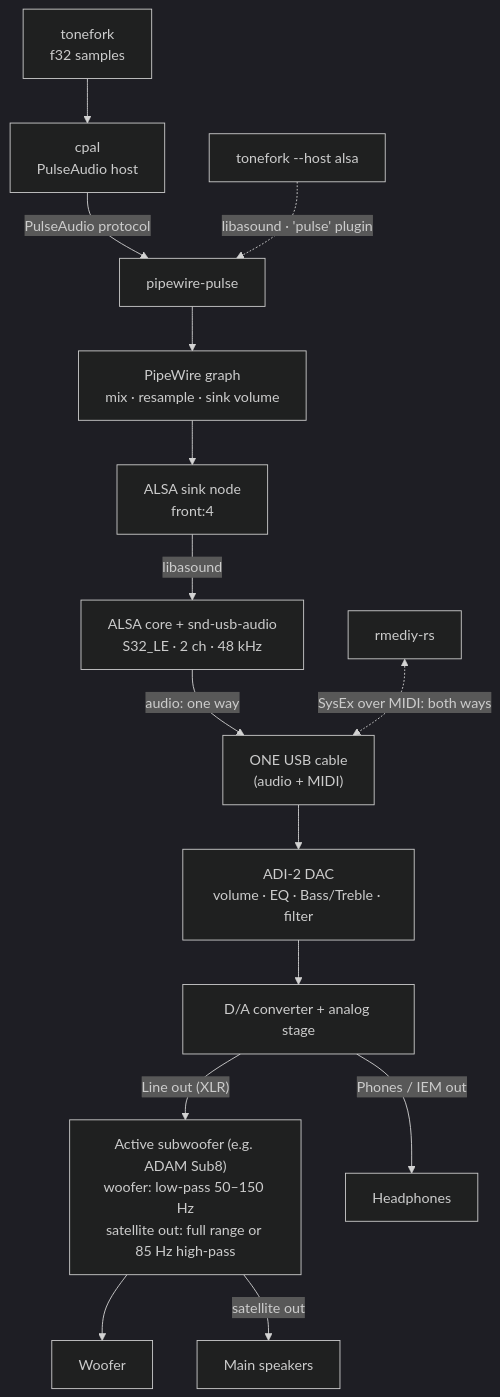
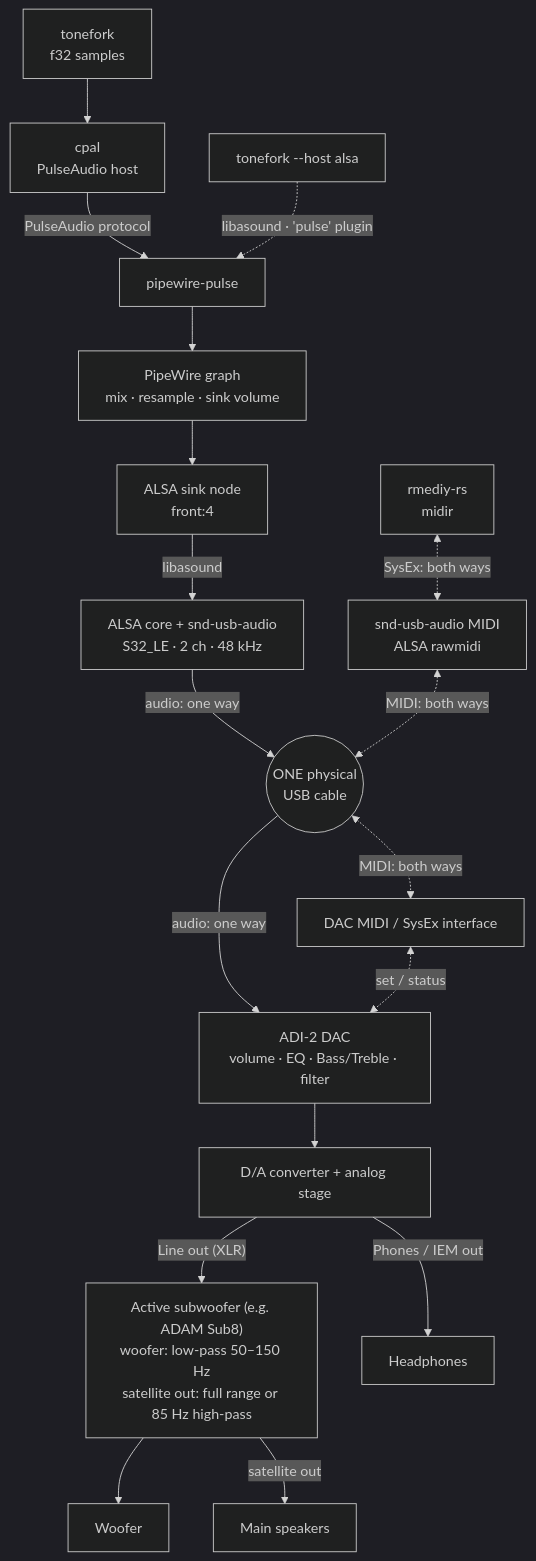
The diagram in docs/audio-path.md (asyd/tonefork), drawn with Mermaid (dark theme) before and after one commit.

Commit message:
audio-path.md: Mermaid diagram with a circle for the single USB cable carrying two links

````diff
--- a/docs/audio-path.md
+++ b/docs/audio-path.md
@@ -10,18 +10,21 @@
 ```mermaid
 flowchart TD
     T[tonefork<br/>f32 samples] --> C[cpal<br/>PulseAudio host]
     C -->|PulseAudio protocol| P[pipewire-pulse]
     P --> G[PipeWire graph<br/>mix · resample · sink volume]
     G --> S[ALSA sink node<br/>front:4]
     S -->|libasound| K[ALSA core + snd-usb-audio<br/>S32_LE · 2 ch · 48 kHz]
-    K -->|"audio: one way"| U["ONE USB cable<br/>(audio + MIDI)"]
-    U --> D[ADI-2 DAC<br/>volume · EQ · Bass/Treble · filter]
+    K -->|"audio: one way"| U(("ONE physical<br/>USB cable"))
+    K2[snd-usb-audio MIDI<br/>ALSA rawmidi] <-.->|"MIDI: both ways"| U
+    U -->|"audio: one way"| D[ADI-2 DAC<br/>volume · EQ · Bass/Treble · filter]
+    U <-.->|"MIDI: both ways"| M[DAC MIDI / SysEx interface]
+    M <-.->|"set / status"| D
     D --> A[D/A converter + analog stage]
     A -->|"Line out (XLR)"| SUB["Active subwoofer (e.g. ADAM Sub8)<br/>woofer: low-pass 50–150 Hz<br/>satellite out: full range or 85 Hz high-pass"]
     SUB --> WF[Woofer]
     SUB -->|satellite out| SAT[Main speakers]
     A -->|"Phones / IEM out"| HP[Headphones]
 
-    R[rmediy-rs] <-.->|"SysEx over MIDI: both ways"| U
+    R[rmediy-rs<br/>midir] <-.->|"SysEx: both ways"| K2
     T2[tonefork --host alsa] -. "libasound · 'pulse' plugin" .-> P
 ```
````
